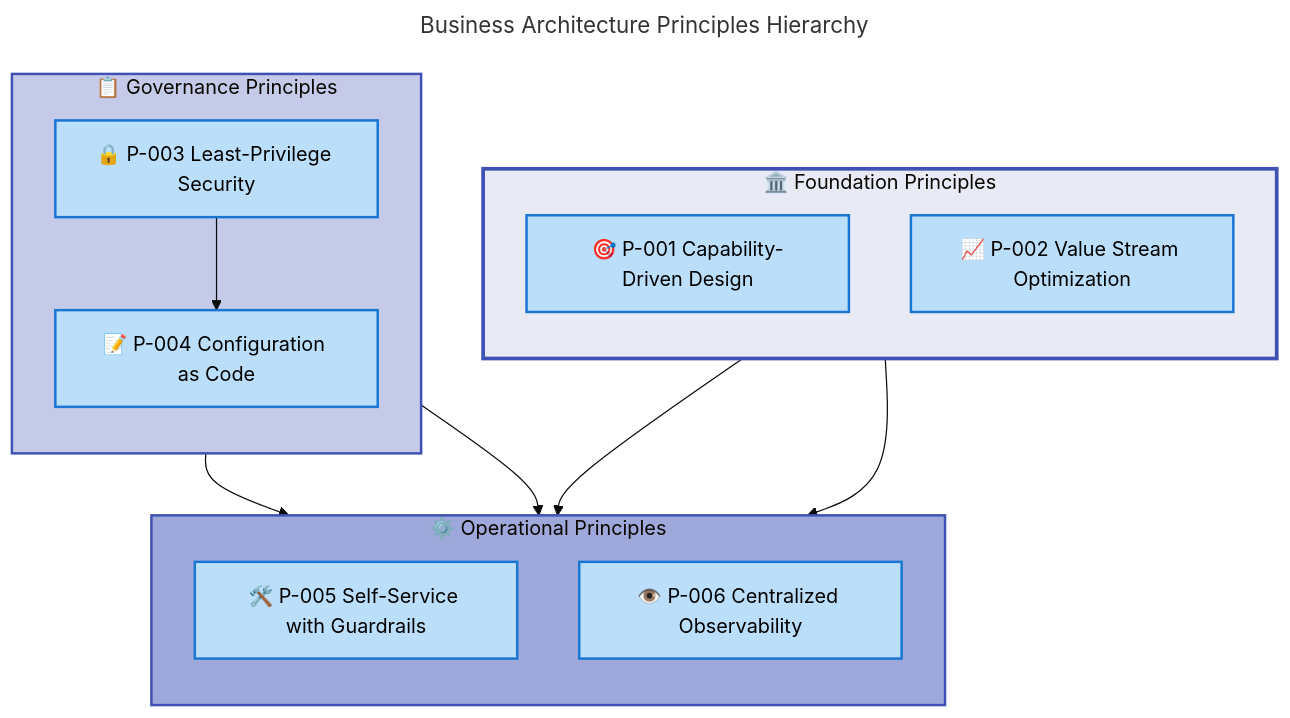
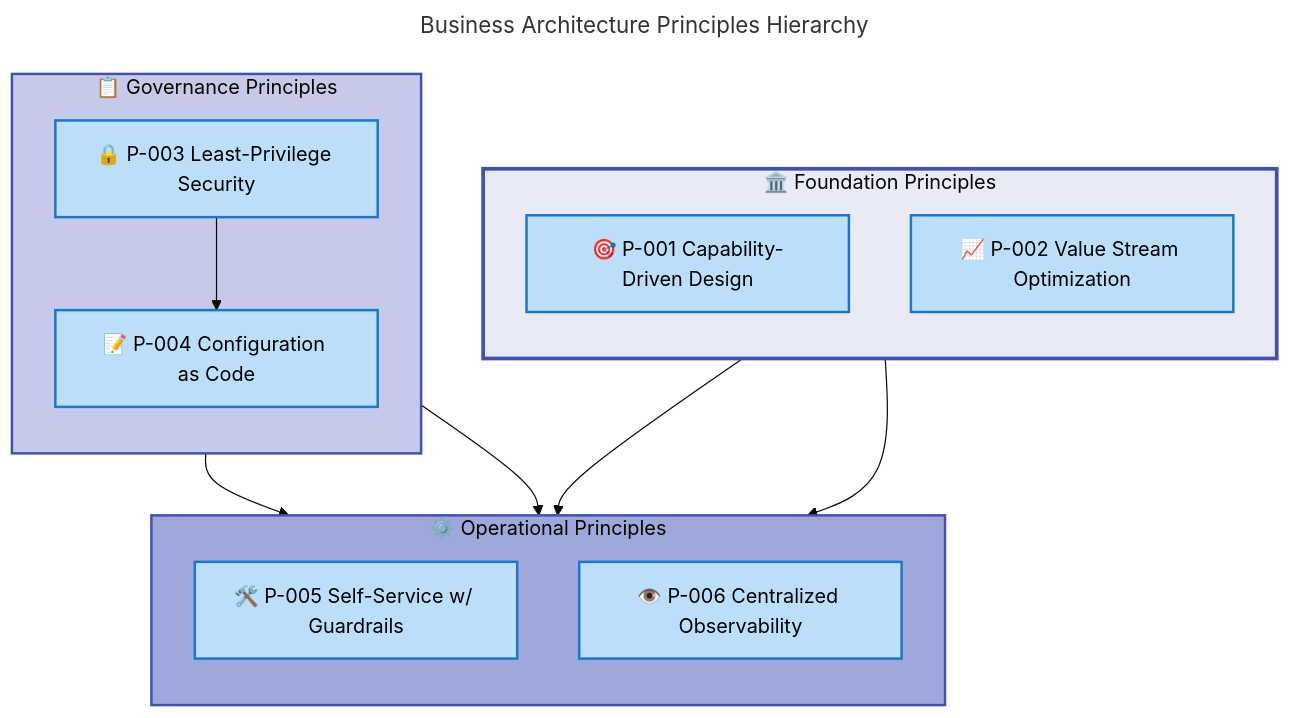
Before and after one commit to Evilazaro/DevExp-DevBox: the third of 5 diagrams in docs/Business-Architecture-BDAT.md, drawn with Mermaid. The commit also changed other lines of this file, not shown here.

Commit message:
Refine Business Architecture Document terminology and flowchart labels for improved clarity and consistency

````diff
--- a/docs/Business-Architecture-BDAT.md
+++ b/docs/Business-Architecture-BDAT.md
@@ -536,51 +536,51 @@
 ```mermaid
 ---
 title: Business Architecture Principles Hierarchy
 config:
   theme: base
   flowchart:
     htmlLabels: false
 ---
 flowchart TD
     accTitle: Principles Hierarchy showing relationships between architectural principles
     accDescr: Hierarchical structure of business architecture principles with dependencies
 
     %% STANDARD COLOR SCHEME v2.1 - Material Design 3
     %% Hierarchical Colors (Structural Nesting)
     classDef level1Group fill:#E8EAF6,stroke:#3F51B5,stroke-width:3px,color:#000
     classDef level2Group fill:#C5CAE9,stroke:#3F51B5,stroke-width:2px,color:#000
     classDef level3Group fill:#9FA8DA,stroke:#3F51B5,stroke-width:2px,color:#000
 
     %% Semantic Colors (Functional Content)
     classDef mdBlue fill:#BBDEFB,stroke:#1976D2,stroke-width:2px,color:#000
 
     subgraph foundation["🏛️ Foundation Principles"]
         direction TB
         p1["🎯 P-001 Capability-Driven Design"]:::mdBlue
         p2["📈 P-002 Value Stream Optimization"]:::mdBlue
     end
 
     subgraph governance["📋 Governance Principles"]
         direction TB
         p3["🔒 P-003 Least-Privilege Security"]:::mdBlue
         p4["📝 P-004 Configuration as Code"]:::mdBlue
     end
 
     subgraph operational["⚙️ Operational Principles"]
         direction TB
-        p5["🛠️ P-005 Self-Service with Guardrails"]:::mdBlue
+        p5["🛠️ P-005 Self-Service w/ Guardrails"]:::mdBlue
         p6["👁️ P-006 Centralized Observability"]:::mdBlue
     end
 
     p1 --> p5
     p2 --> p5
     p3 --> p4
     p4 --> p5
     p4 --> p6
 
     style foundation fill:#E8EAF6,stroke:#3F51B5,stroke-width:3px
     style governance fill:#C5CAE9,stroke:#3F51B5,stroke-width:2px
     style operational fill:#9FA8DA,stroke:#3F51B5,stroke-width:2px
 
     %% Accessibility: WCAG AA verified (4.5:1 contrast ratio)
 ```
````
